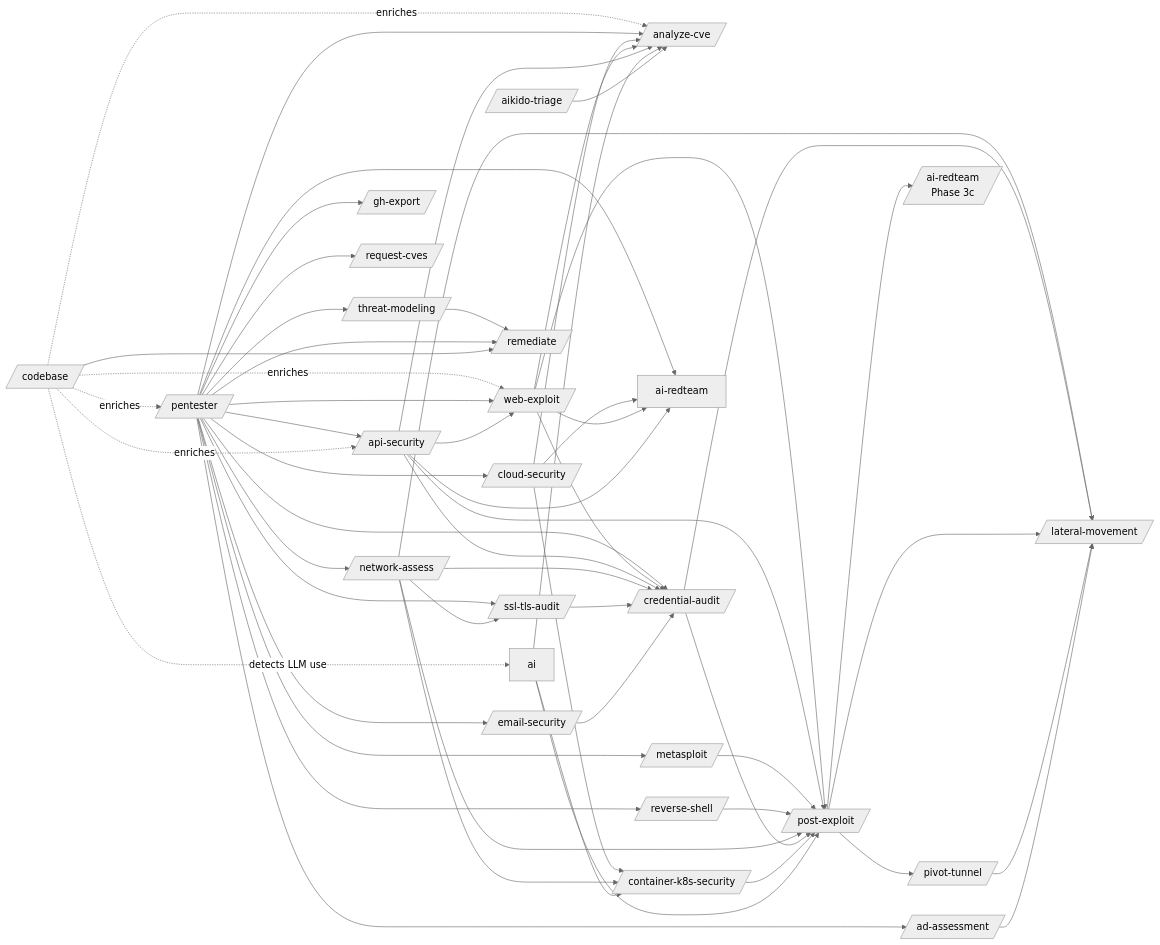
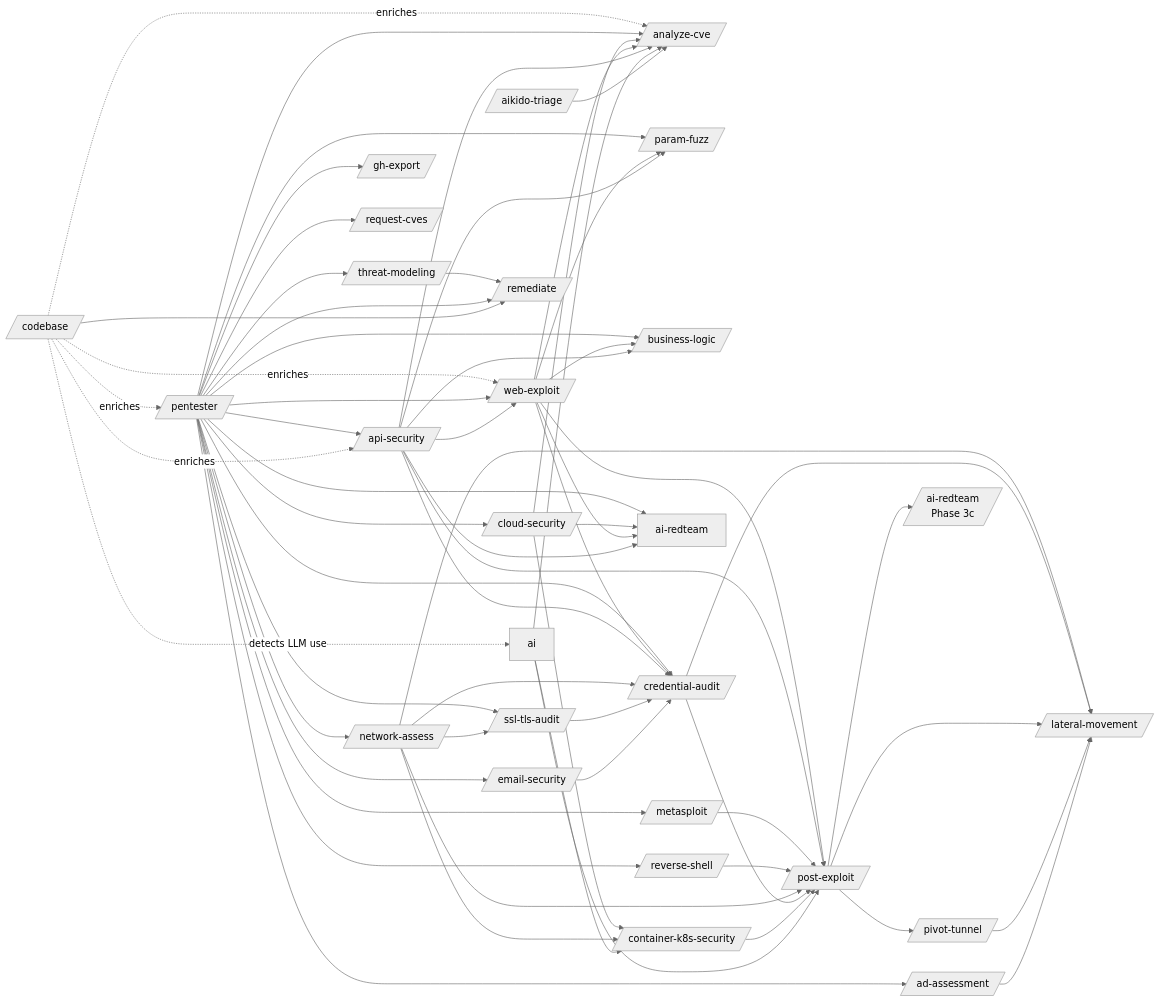
The second of 2 diagrams in README.md (0x0pointer/agent-smith), drawn with Mermaid (neutral theme) before and after one commit. The commit also changed other lines of this file, not shown here.

Commit message:
docs: update README for param-fuzz, business-logic, and dashboard port 7777
- Add param-fuzz and business-logic to the skill chaining diagram
- Fix dashboard port from 5000 to 7777 (changed in eacaf78)
- Bump skill count from 24+ to 27+

```diff
--- a/README.md
+++ b/README.md
@@ -282,6 +282,8 @@
 
     %% Pentester is the hub — branches to every scan/discovery skill
     pentester[/pentester/] --> web
+    pentester --> pf[/param-fuzz/]
+    pentester --> bl[/business-logic/]
     pentester --> api[/api-security/]
     pentester --> net[/network-assess/]
     pentester --> creds[/credential-audit/]
@@ -299,14 +301,18 @@
     cloud --> k8s[/container-k8s-security/]
     cloud --> cve
 
-    %% Web exploitation feeds CVE analysis, creds, post-exploit, and AI red-team
+    %% Web exploitation feeds CVE analysis, creds, post-exploit, param-fuzz, business-logic, and AI red-team
+    web --> pf
+    web --> bl
     web --> cve
     web --> creds
     web --> post[/post-exploit/]
     web --> ai-redteam
 
-    %% API security: chains into web-exploit for injection depth, ai-redteam for LLM endpoints
+    %% API security: chains into web-exploit for injection depth, param-fuzz/business-logic for auth/logic, ai-redteam for LLM endpoints
     api --> web
+    api --> pf
+    api --> bl
     api --> ai-redteam
     api --> cve
     api --> creds
```
